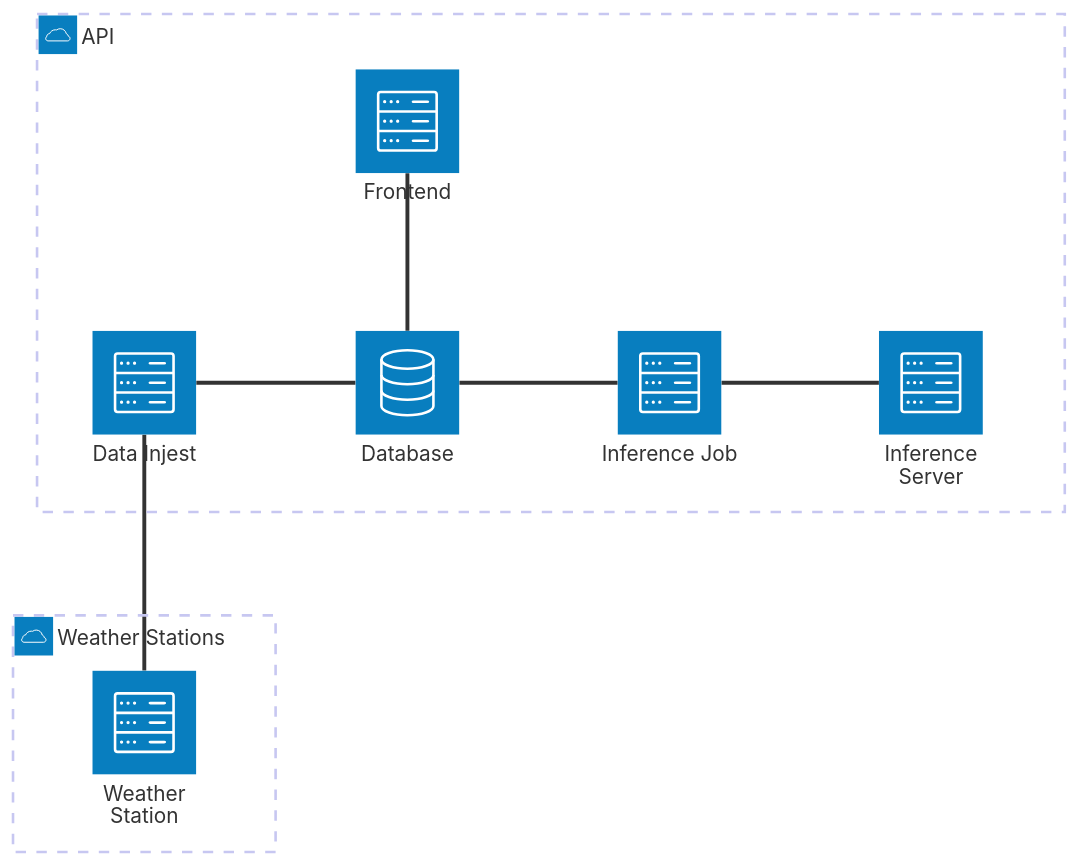
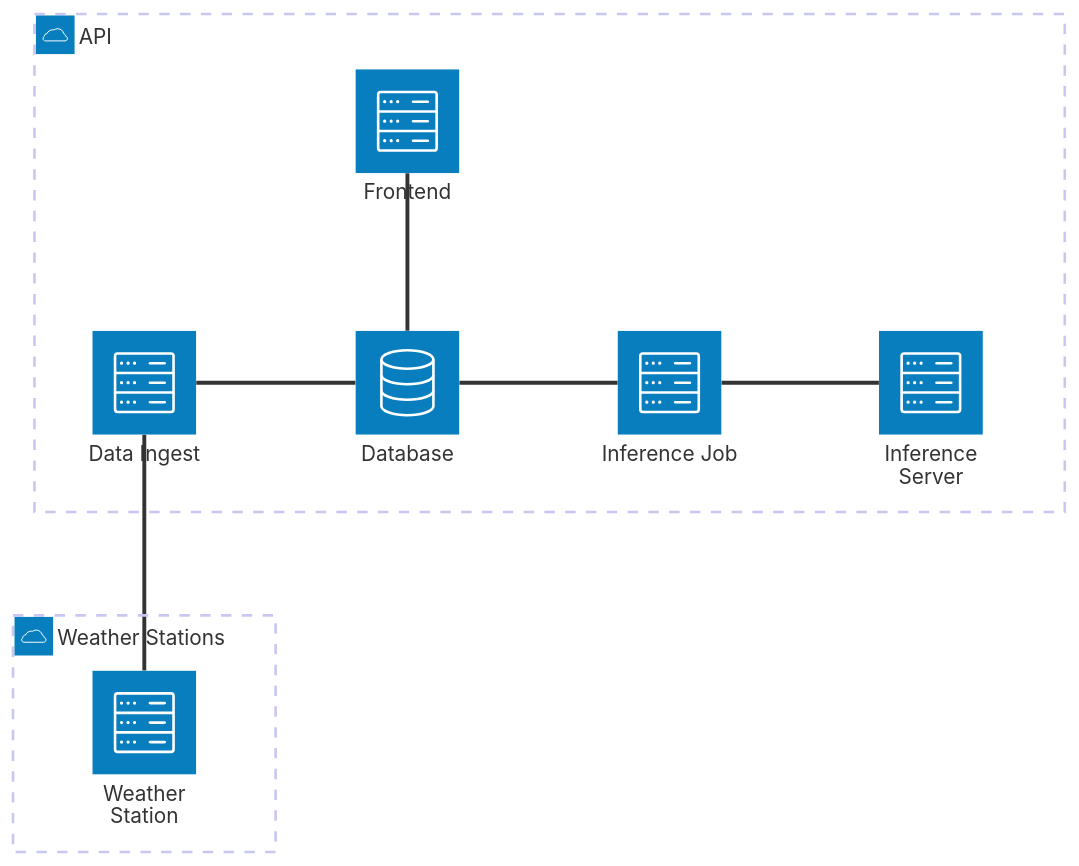
One commit to jotonedev/weather-station changed the diagram in system/README.md. Above: the diagram before and after it, drawn with Mermaid. The commit also changed other lines of this file and 14 other files, not shown here.

````diff
--- a/system/README.md
+++ b/system/README.md
@@ -45,19 +45,19 @@
 ```mermaid
 architecture-beta
     group api(cloud)[API]
     group source(cloud)[Weather Stations]
 
     service db(database)[Database] in api
     service inference-server(server)[Inference Server] in api
     service inference-job(server)[Inference Job] in api
-    service data-injest(server)[Data Injest] in api
+    service data-ingest(server)[Data Ingest] in api
     service frontend(server)[Frontend] in api
 
     service weather-station(server)[Weather Station] in source
 
     db:R -- L:inference-job
     inference-job:R -- L:inference-server
     db:T -- B:frontend
-    db:L -- R:data-injest
-    weather-station:T -- B:data-injest
+    db:L -- R:data-ingest
+    weather-station:T -- B:data-ingest
 ```
````
